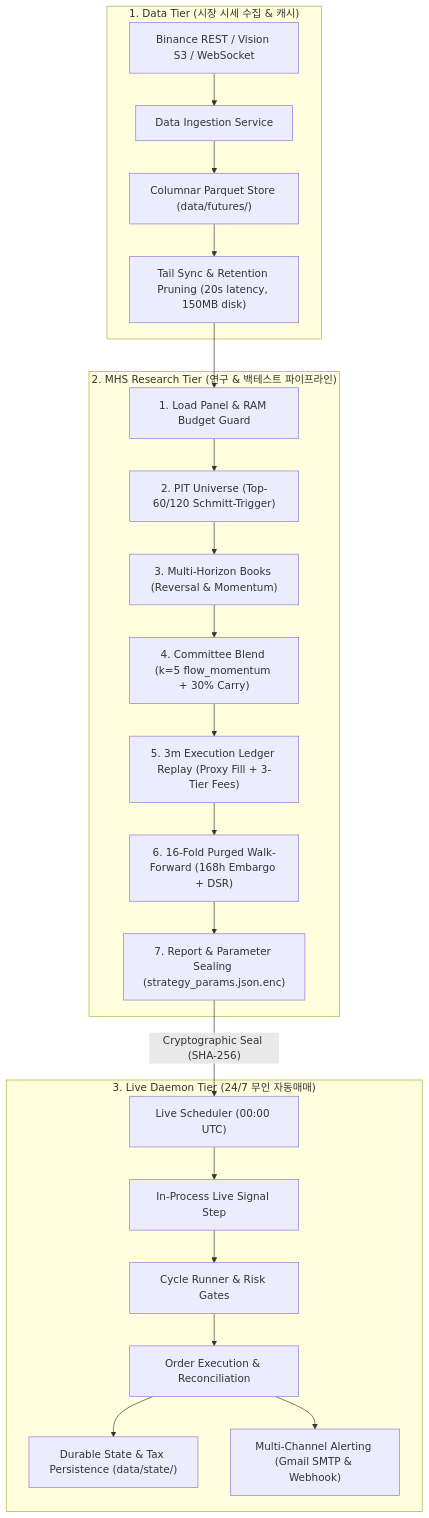
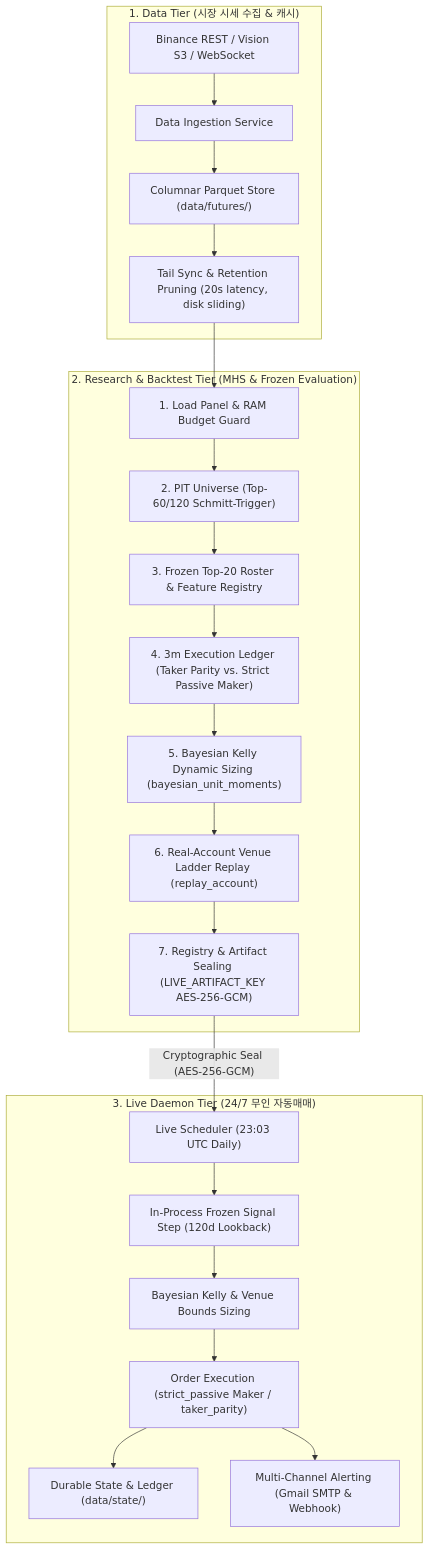
One commit to KTHYEONG/crypto-pilot changed the diagram in README.md. Above: the diagram before and after it, drawn with Mermaid. The commit also changed other lines of this file and 5 other files, not shown here.

First line of the commit message:
docs: 최신 Frozen 전략·메이커 집행·베이지안 Kelly 반영 아키텍처 문서 동기화

````diff
--- a/README.md
+++ b/README.md
@@ -69,27 +66,27 @@
 ```mermaid
 flowchart TD
     subgraph DataLayer ["1. Data Tier (시장 시세 수집 & 캐시)"]
         DS["Binance REST / Vision S3 / WebSocket"] --> DI["Data Ingestion Service"]
         DI --> FS["Columnar Parquet Store (data/futures/)"]
-        FS --> PR["Tail Sync & Retention Pruning (20s latency, 150MB disk)"]
+        FS --> PR["Tail Sync & Retention Pruning (20s latency, disk sliding)"]
     end
 
-    subgraph ResearchPipeline ["2. MHS Research Tier (연구 & 백테스트 파이프라인)"]
+    subgraph ResearchPipeline ["2. Research & Backtest Tier (MHS & Frozen Evaluation)"]
         PR --> S1["1. Load Panel & RAM Budget Guard"]
         S1 --> S2["2. PIT Universe (Top-60/120 Schmitt-Trigger)"]
-        S2 --> S3["3. Multi-Horizon Books (Reversal & Momentum)"]
-        S3 --> S4["4. Committee Blend (k=5 flow_momentum + 30% Carry)"]
-        S4 --> S5["5. 3m Execution Ledger Replay (Proxy Fill + 3-Tier Fees)"]
-        S5 --> S6["6. 16-Fold Purged Walk-Forward (168h Embargo + DSR)"]
-        S6 --> S7["7. Report & Parameter Sealing (strategy_params.json.enc)"]
+        S2 --> S3["3. Frozen Top-20 Roster & Feature Registry"]
+        S3 --> S4["4. 3m Execution Ledger (Taker Parity vs. Strict Passive Maker)"]
+        S4 --> S5["5. Bayesian Kelly Dynamic Sizing (bayesian_unit_moments)"]
+        S5 --> S6["6. Real-Account Venue Ladder Replay (replay_account)"]
+        S6 --> S7["7. Registry & Artifact Sealing (LIVE_ARTIFACT_KEY AES-256-GCM)"]
     end
 
     subgraph LiveDaemon ["3. Live Daemon Tier (24/7 무인 자동매매)"]
-        S7 -->|"Cryptographic Seal (SHA-256)"| LD["Live Scheduler (00:00 UTC)"]
-        LD --> SS["In-Process Live Signal Step"]
-        SS --> SC["Cycle Runner & Risk Gates"]
-        SC --> EX["Order Execution & Reconciliation"]
-        EX --> ST["Durable State & Tax Persistence (data/state/)"]
+        S7 -->|"Cryptographic Seal (AES-256-GCM)"| LD["Live Scheduler (23:03 UTC Daily)"]
+        LD --> SS["In-Process Frozen Signal Step (120d Lookback)"]
+        SS --> SC["Bayesian Kelly & Venue Bounds Sizing"]
+        SC --> EX["Order Execution (strict_passive Maker / taker_parity)"]
+        EX --> ST["Durable State & Ledger (data/state/)"]
         EX --> AL["Multi-Channel Alerting (Gmail SMTP & Webhook)"]
     end
 ```
````
